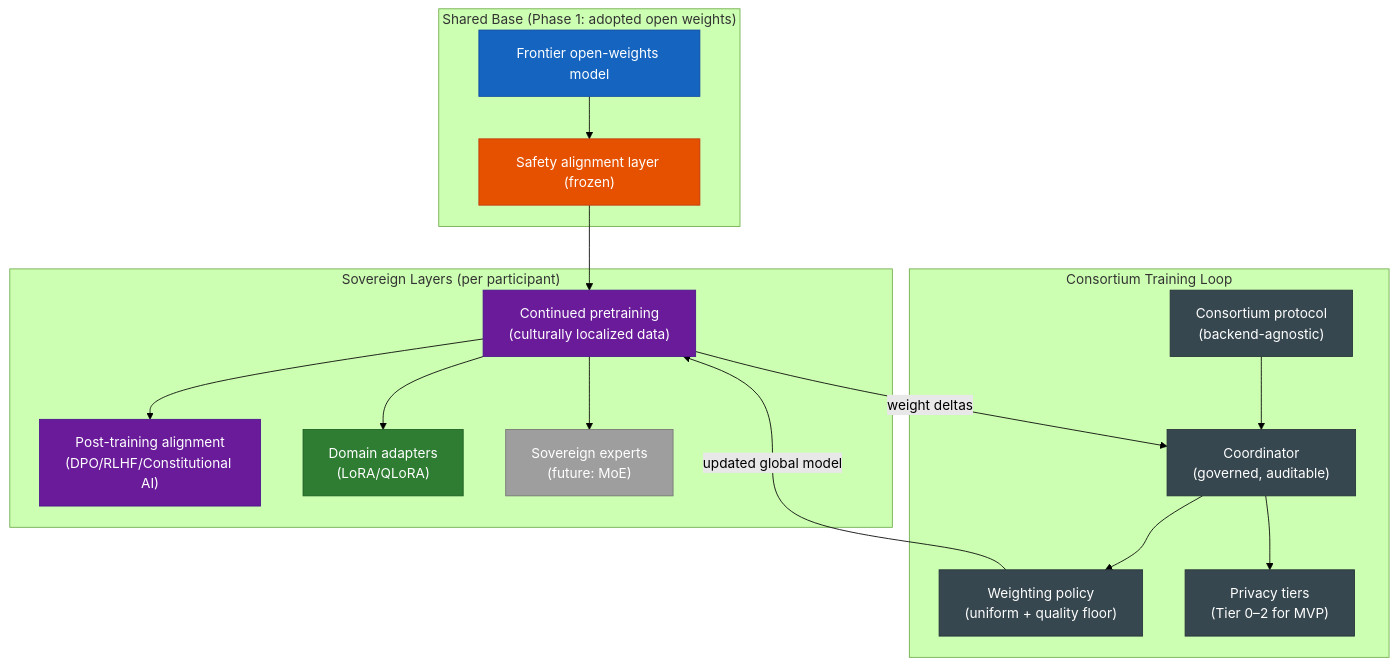
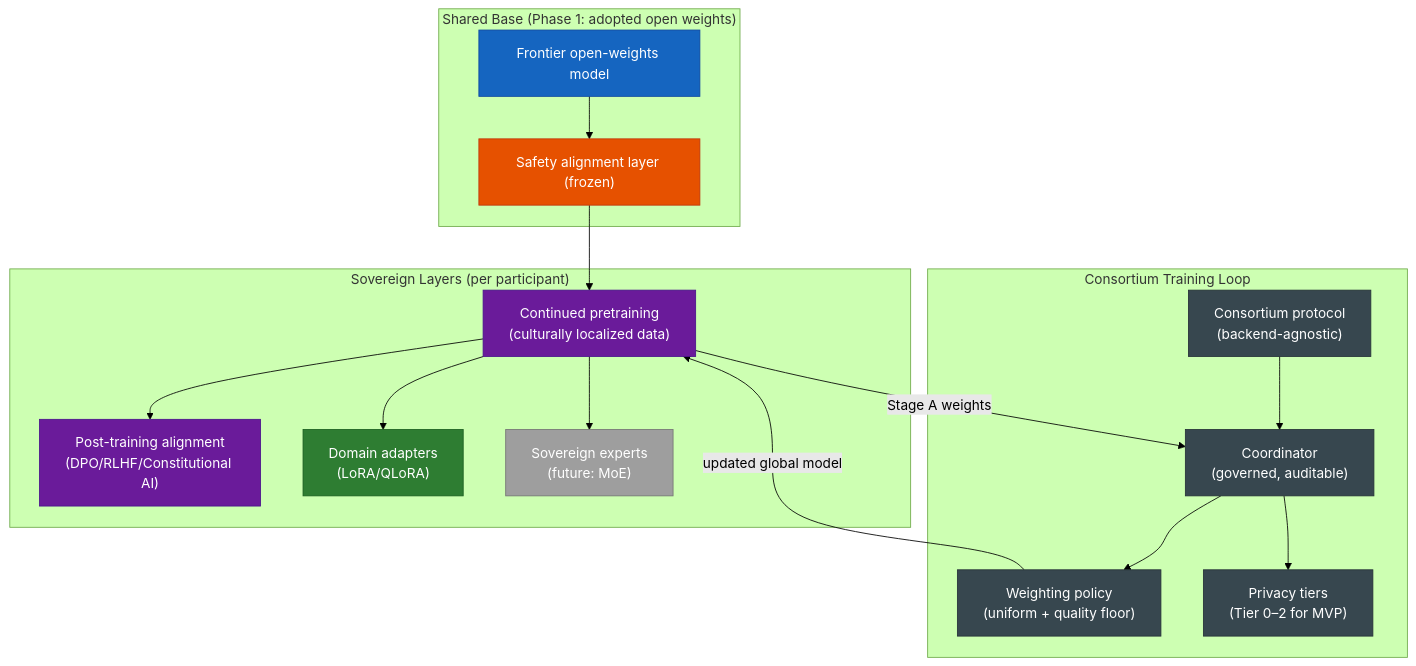
The second of 2 diagrams in tech-docs/architecture/5-architectural-options.md (The-AI-Alliance/tapestry), drawn with Mermaid (forest theme) before and after one commit. The commit also changed other lines of this file and 26 other files, not shown here.

````diff
--- a/tech-docs/architecture/5-architectural-options.md
+++ b/tech-docs/architecture/5-architectural-options.md
@@ -378,41 +380,41 @@
 ```mermaid
 graph TD
     subgraph Base ["Shared Base (Phase 1: adopted open weights)"]
         BM["Frontier open-weights model"]
         SF["Safety alignment layer (frozen)"]
     end
 
     subgraph Sovereign ["Sovereign Layers (per participant)"]
         CP["Continued pretraining\n(culturally localized data)"]
         AL["Post-training alignment\n(DPO/RLHF/Constitutional AI)"]
         AD["Domain adapters\n(LoRA/QLoRA)"]
         SE["Sovereign experts\n(future: MoE)"]
     end
 
     subgraph Loop ["Consortium Training Loop"]
         FP["Consortium protocol\n(backend-agnostic)"]
         CO["Coordinator\n(governed, auditable)"]
         WP["Weighting policy\n(uniform + quality floor)"]
         DP["Privacy tiers\n(Tier 0–2 for MVP)"]
     end
 
     BM --> SF --> CP --> AL
     CP --> AD
     CP --> SE
-    CP -->|"weight deltas"| CO
+    CP -->|"Stage A weights"| CO
     CO --> WP
     WP -->|"updated global model"| CP
     FP --> CO
     CO --> DP
 
     style BM fill:#1565c0,stroke:#0d47a1,color:#fff
     style SF fill:#e65100,stroke:#bf360c,color:#fff
     style CP fill:#6a1b9a,stroke:#4a148c,color:#fff
     style AL fill:#6a1b9a,stroke:#4a148c,color:#fff
     style AD fill:#2e7d32,stroke:#1b5e20,color:#fff
     style SE fill:#9e9e9e,stroke:#757575,color:#fff
     style FP fill:#37474f,stroke:#263238,color:#fff
     style CO fill:#37474f,stroke:#263238,color:#fff
     style WP fill:#37474f,stroke:#263238,color:#fff
     style DP fill:#37474f,stroke:#263238,color:#fff
 ```
````
